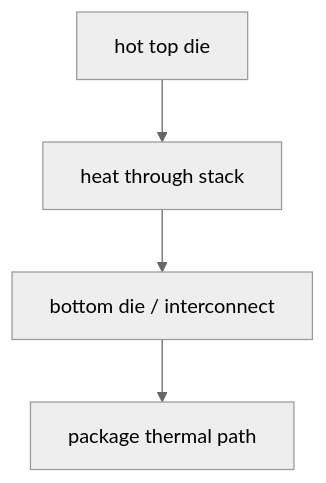
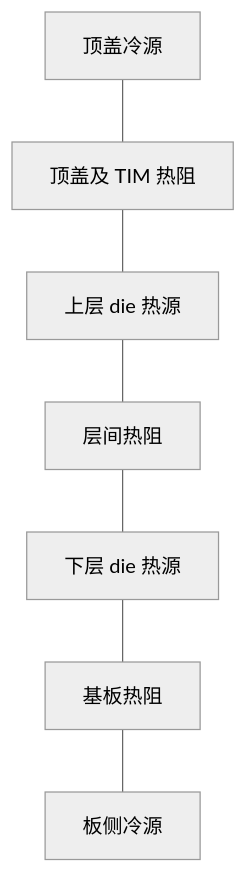
Before and after one commit to microarch-flow/wiki: the diagram in FAB/wiki/04-back-end-packaging/3d-routes/3dic-thermal-and-stress-challenges.md, drawn with Mermaid (neutral theme). The commit also changed other lines of this file and 458 other files, not shown here.

````diff
--- a/FAB/wiki/04-back-end-packaging/3d-routes/3dic-thermal-and-stress-challenges.md
+++ b/FAB/wiki/04-back-end-packaging/3d-routes/3dic-thermal-and-stress-challenges.md
@@ -39,6 +39,9 @@
 ```mermaid
 flowchart TB
-    A[hot top die] --> B[heat through stack]
-    B --> C[bottom die / interconnect]
-    C --> D[package thermal path]
+    H[顶盖冷源] --- R1[顶盖及 TIM 热阻]
+    R1 --- T[上层 die 热源]
+    T --- R2[层间热阻]
+    R2 --- B[下层 die 热源]
+    B --- R3[基板热阻]
+    R3 --- C[板侧冷源]
 ```
````
